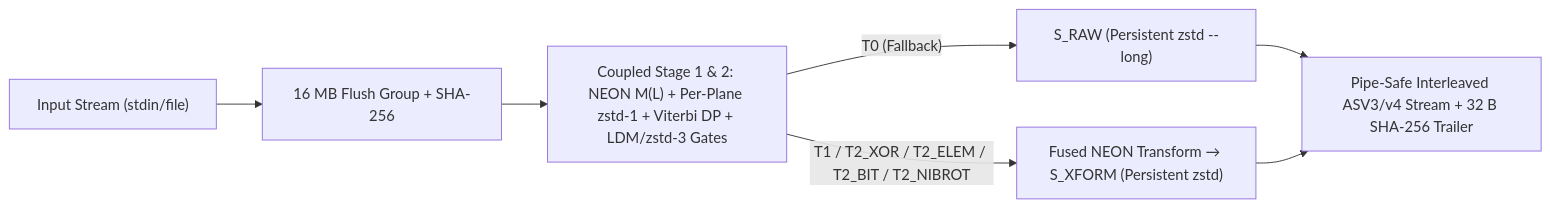
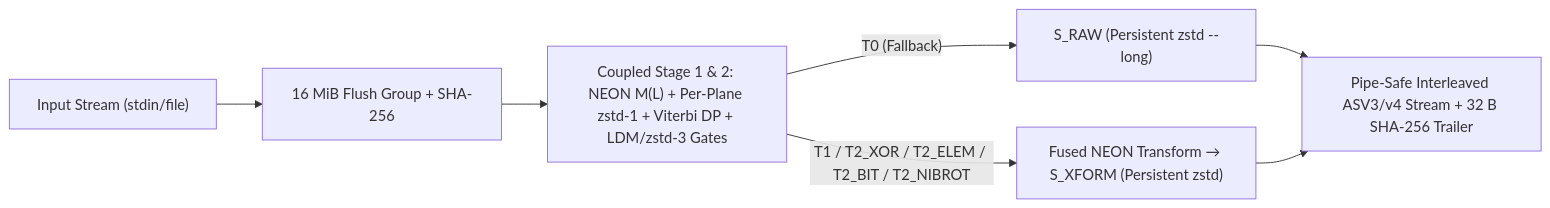
One commit to austinjohnathand-code/asv4-compression changed the diagram in README.md. Above: the diagram before and after it, drawn with Mermaid. The commit also changed other lines of this file and 2 other files, not shown here.

Commit message:
Docs: align OpenZL chunk-32 index, 16 MiB Mermaid label, Blanes citations, drop temp filename, Phase 2 crop footnote

````diff
--- a/README.md
+++ b/README.md
@@ -18,9 +18,9 @@
 ```mermaid
 flowchart LR
-    IN["Input Stream (stdin/file)"] --> FG["16 MB Flush Group + SHA-256"]
+    IN["Input Stream (stdin/file)"] --> FG["16 MiB Flush Group + SHA-256"]
     FG --> SEG["Coupled Stage 1 & 2: NEON M(L) + Per-Plane zstd-1 + Viterbi DP + LDM/zstd-3 Gates"]
     SEG -->|"T0 (Fallback)"| RAW["S_RAW (Persistent zstd --long)"]
     SEG -->|"T1 / T2_XOR / T2_ELEM / T2_BIT / T2_NIBROT"| XF["Fused NEON Transform → S_XFORM (Persistent zstd)"]
     RAW --> OUT["Pipe-Safe Interleaved ASV3/v4 Stream + 32 B SHA-256 Trailer"]
     XF --> OUT
 ```
````
